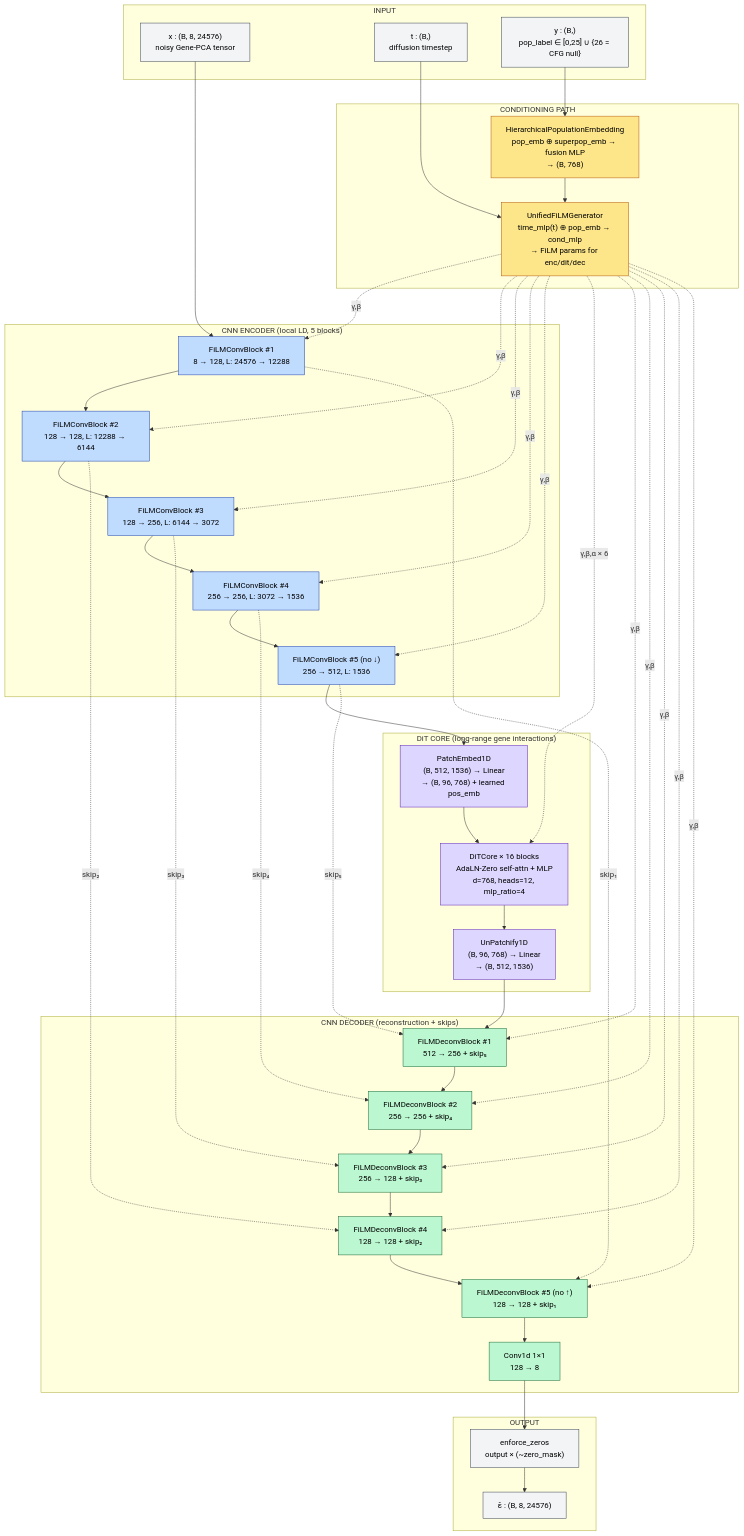
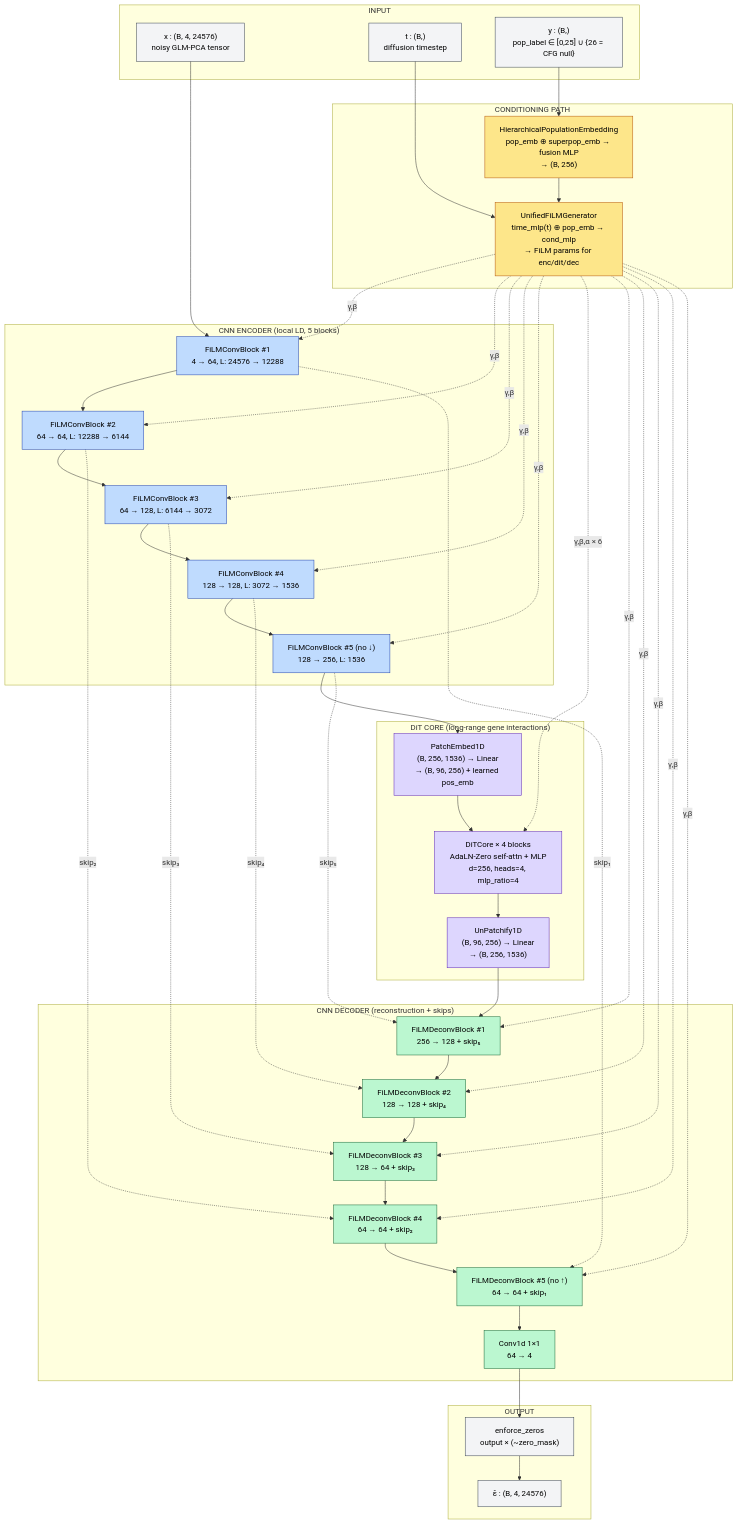
Before and after one commit to zongseung/gene-synthesis-project: the first of 8 diagrams in README.md, drawn with Mermaid. The commit also changed other lines of this file and 43 other files, not shown here.

Commit message:
chore: stage HiPoDiT rebuild foundation (binomial GLM-PCA, rebuild/multiseed scripts, tests, OC-FILM removal)

````diff
--- a/README.md
+++ b/README.md
@@ -138,76 +132,76 @@
 ```mermaid
 flowchart TD
     subgraph INPUT["INPUT"]
-        X["x : (B, 8, 24576)<br/>noisy Gene-PCA tensor"]
+        X["x : (B, 4, 24576)<br/>noisy GLM-PCA tensor"]
         T["t : (B,)<br/>diffusion timestep"]
         Y["y : (B,)<br/>pop_label ∈ [0,25] ∪ {26 = CFG null}"]
     end
 
     subgraph COND["CONDITIONING PATH"]
-        PE["HierarchicalPopulationEmbedding<br/>pop_emb ⊕ superpop_emb → fusion MLP<br/>→ (B, 768)"]
+        PE["HierarchicalPopulationEmbedding<br/>pop_emb ⊕ superpop_emb → fusion MLP<br/>→ (B, 256)"]
         FG["UnifiedFiLMGenerator<br/>time_mlp(t) ⊕ pop_emb → cond_mlp<br/>→ FiLM params for enc/dit/dec"]
     end
 
     subgraph ENC["CNN ENCODER  (local LD, 5 blocks)"]
-        E1["FiLMConvBlock #1<br/>8 → 128,   L: 24576 → 12288"]
-        E2["FiLMConvBlock #2<br/>128 → 128, L: 12288 → 6144"]
-        E3["FiLMConvBlock #3<br/>128 → 256, L: 6144 → 3072"]
-        E4["FiLMConvBlock #4<br/>256 → 256, L: 3072 → 1536"]
-        E5["FiLMConvBlock #5 (no ↓)<br/>256 → 512, L: 1536"]
+        E1["FiLMConvBlock #1<br/>4 → 64,   L: 24576 → 12288"]
+        E2["FiLMConvBlock #2<br/>64 → 64, L: 12288 → 6144"]
+        E3["FiLMConvBlock #3<br/>64 → 128, L: 6144 → 3072"]
+        E4["FiLMConvBlock #4<br/>128 → 128, L: 3072 → 1536"]
+        E5["FiLMConvBlock #5 (no ↓)<br/>128 → 256, L: 1536"]
     end
 
     subgraph DITCORE["DiT CORE  (long-range gene interactions)"]
-        P["PatchEmbed1D<br/>(B, 512, 1536) → Linear<br/>→ (B, 96, 768) + learned pos_emb"]
-        D["DiTCore × 16 blocks<br/>AdaLN-Zero self-attn + MLP<br/>d=768, heads=12, mlp_ratio=4"]
-        U["UnPatchify1D<br/>(B, 96, 768) → Linear<br/>→ (B, 512, 1536)"]
+        P["PatchEmbed1D<br/>(B, 256, 1536) → Linear<br/>→ (B, 96, 256) + learned pos_emb"]
+        D["DiTCore × 4 blocks<br/>AdaLN-Zero self-attn + MLP<br/>d=256, heads=4, mlp_ratio=4"]
+        U["UnPatchify1D<br/>(B, 96, 256) → Linear<br/>→ (B, 256, 1536)"]
     end
 
     subgraph DEC["CNN DECODER  (reconstruction + skips)"]
-        D1["FiLMDeconvBlock #1<br/>512 → 256 + skip₅"]
-        D2["FiLMDeconvBlock #2<br/>256 → 256 + skip₄"]
-        D3["FiLMDeconvBlock #3<br/>256 → 128 + skip₃"]
-        D4["FiLMDeconvBlock #4<br/>128 → 128 + skip₂"]
-        D5["FiLMDeconvBlock #5 (no ↑)<br/>128 → 128 + skip₁"]
-        FC["Conv1d 1×1<br/>128 → 8"]
+        D1["FiLMDeconvBlock #1<br/>256 → 128 + skip₅"]
+        D2["FiLMDeconvBlock #2<br/>128 → 128 + skip₄"]
+        D3["FiLMDeconvBlock #3<br/>128 → 64 + skip₃"]
+        D4["FiLMDeconvBlock #4<br/>64 → 64 + skip₂"]
+        D5["FiLMDeconvBlock #5 (no ↑)<br/>64 → 64 + skip₁"]
+        FC["Conv1d 1×1<br/>64 → 4"]
     end
 
     subgraph OUT["OUTPUT"]
         Z["enforce_zeros<br/>output × (~zero_mask)"]
-        OUTX["ε̂ : (B, 8, 24576)"]
+        OUTX["ε̂ : (B, 4, 24576)"]
     end
 
     X --> E1 --> E2 --> E3 --> E4 --> E5 --> P --> D --> U --> D1 --> D2 --> D3 --> D4 --> D5 --> FC --> Z --> OUTX
 
     T --> FG
     Y --> PE --> FG
 
     FG -. γ,β .-> E1
     FG -. γ,β .-> E2
     FG -. γ,β .-> E3
     FG -. γ,β .-> E4
     FG -. γ,β .-> E5
     FG -. γ,β,α × 6 .-> D
     FG -. γ,β .-> D1
     FG -. γ,β .-> D2
     FG -. γ,β .-> D3
     FG -. γ,β .-> D4
     FG -. γ,β .-> D5
 
     E1 -. skip₁ .-> D5
     E2 -. skip₂ .-> D4
     E3 -. skip₃ .-> D3
     E4 -. skip₄ .-> D2
     E5 -. skip₅ .-> D1
 
     classDef cond fill:#fde68a,stroke:#b45309,color:#000
     classDef enc  fill:#bfdbfe,stroke:#1e40af,color:#000
     classDef dit  fill:#ddd6fe,stroke:#5b21b6,color:#000
     classDef dec  fill:#bbf7d0,stroke:#166534,color:#000
     classDef io   fill:#f3f4f6,stroke:#374151,color:#000
 
     class PE,FG cond
     class E1,E2,E3,E4,E5 enc
     class P,D,U dit
     class D1,D2,D3,D4,D5,FC dec
     class X,T,Y,Z,OUTX io
 ```
````
